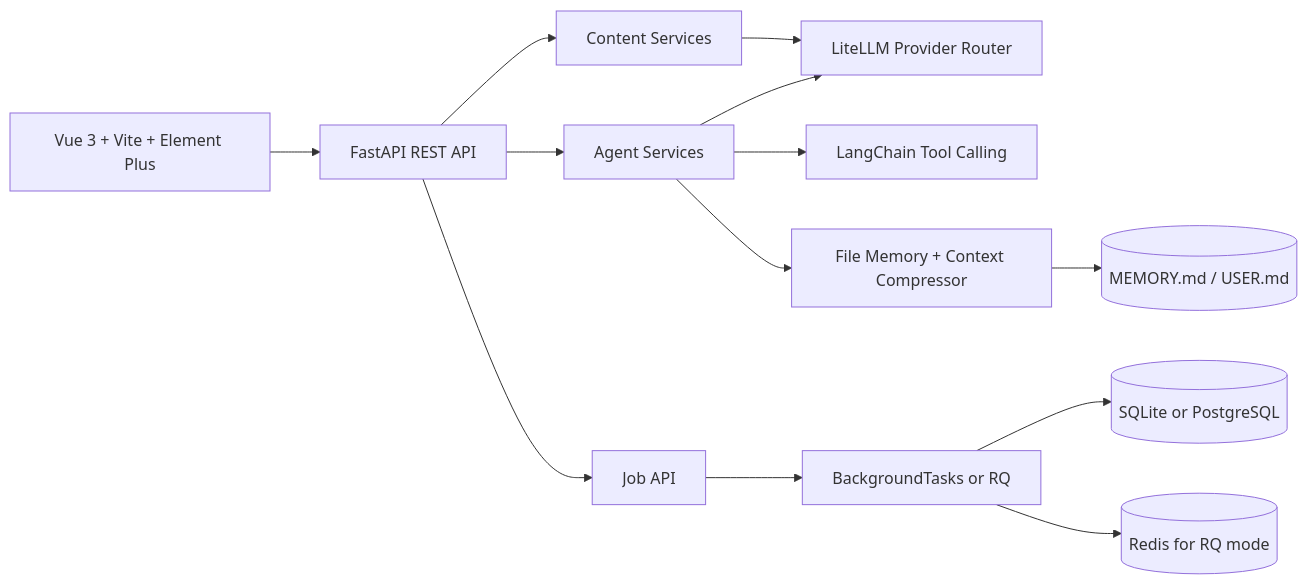
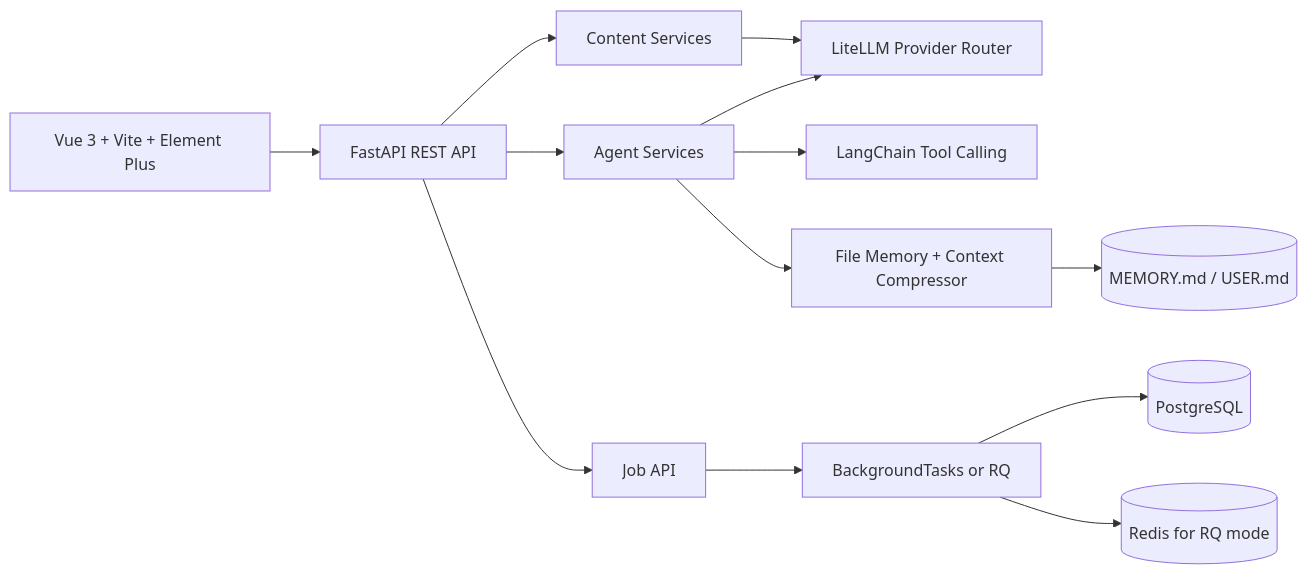
Before and after one commit to xwmxcz/-content-ops-agent: the diagram in README.md, drawn with Mermaid. The commit also changed other lines of this file and 32 other files, not shown here.

First line of the commit message:
Move to PostgreSQL-only storage and harden for production

````diff
--- a/README.md
+++ b/README.md
@@ -36,15 +36,15 @@
 ```mermaid
 graph LR
   UI[Vue 3 + Vite + Element Plus] --> API[FastAPI REST API]
   API --> Content[Content Services]
   API --> Agent[Agent Services]
   API --> Jobs[Job API]
   Content --> LLM[LiteLLM Provider Router]
   Agent --> LLM
   Agent --> Tools[LangChain Tool Calling]
   Agent --> Memory[File Memory + Context Compressor]
   Memory --> Files[(MEMORY.md / USER.md)]
   Jobs --> Queue[BackgroundTasks or RQ]
-  Queue --> DB[(SQLite or PostgreSQL)]
+  Queue --> DB[(PostgreSQL)]
   Queue --> Redis[(Redis for RQ mode)]
 ```
````
